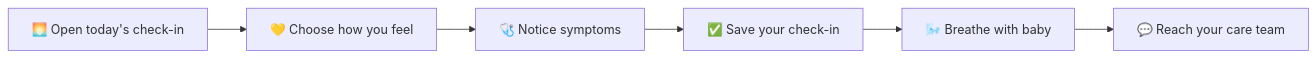
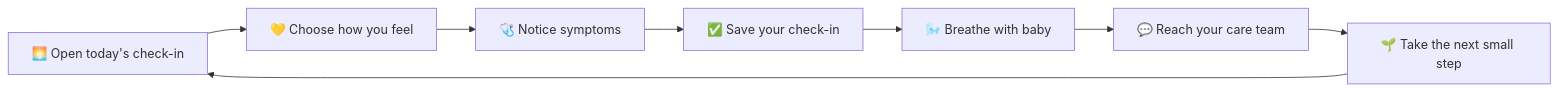
One commit to senushidinara/PlacentaSync changed the diagram in README.md. Above: the diagram before and after it, drawn with Mermaid. The commit also changed other lines of this file and 1 other file, not shown here.

````diff
--- a/README.md
+++ b/README.md
@@ -45,8 +85,10 @@
 ```mermaid
 flowchart LR
     A[🌅 Open today's check-in] --> B[💛 Choose how you feel]
     B --> C[🩺 Notice symptoms]
     C --> D[✅ Save your check-in]
     D --> E[🌬️ Breathe with baby]
     E --> F[💬 Reach your care team]
+    F --> G[🌱 Take the next small step]
+    G --> A
 ```
````
